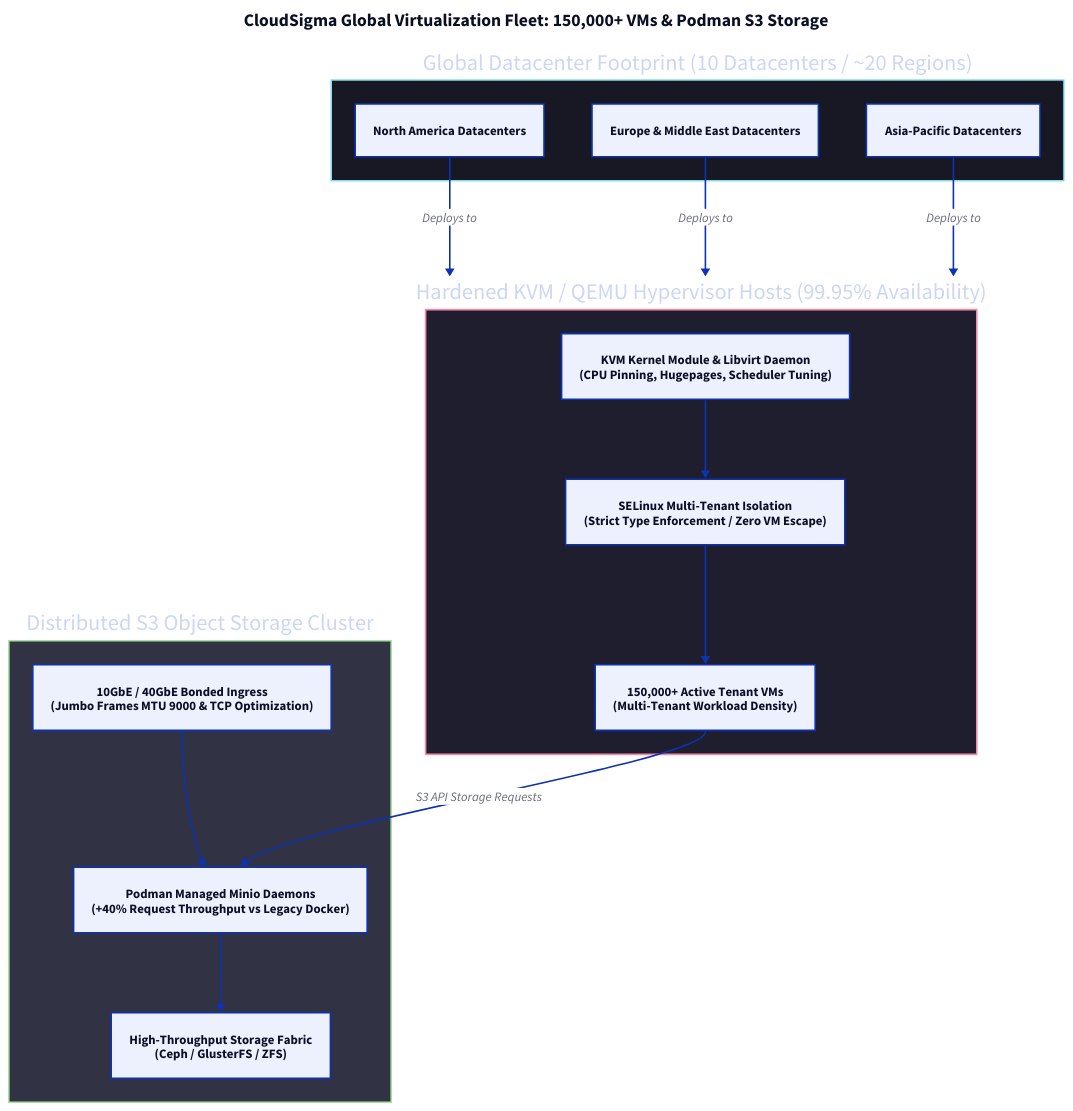
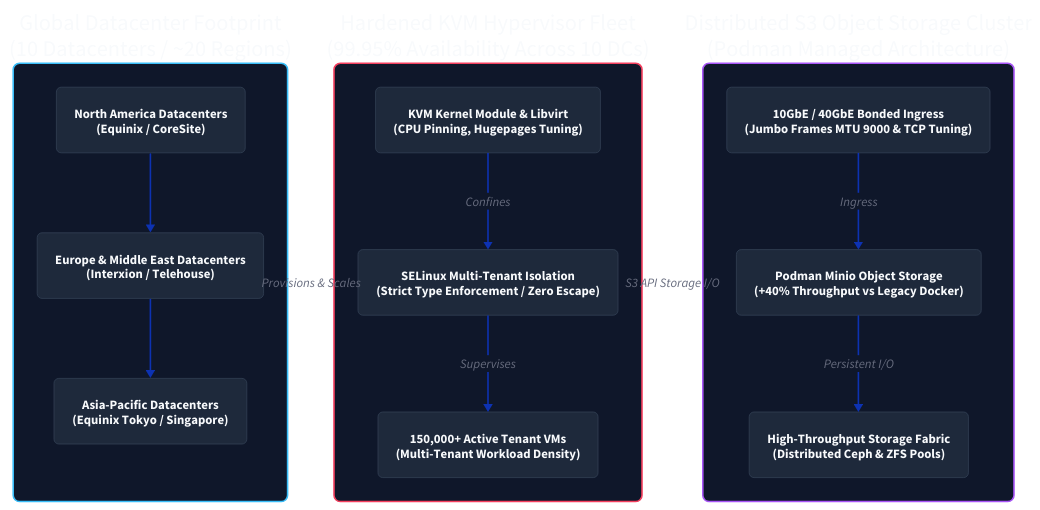
One commit to renich/contra changed the diagram in assets/diagrams/cloudsigma-kvm.d2. Above: the diagram before and after it, drawn with D2. The commit also changed 8 other files, not shown here.

First line of the commit message:
style(diagrams): redesign architecture schematics into 1920x1080 16:9 hero showcase cards

```diff
--- a/assets/diagrams/cloudsigma-kvm.d2
+++ b/assets/diagrams/cloudsigma-kvm.d2
@@ -1,68 +1,77 @@
-direction: down
-
 classes: {
   global_tier: {
     style: {
-      fill: "#181825"
-      stroke: "#89dceb"
+      fill: "#0f172a"
+      stroke: "#38bdf8"
       stroke-width: 2
-      font-color: "#cdd6f4"
+      font-color: "#f8fafc"
+      border-radius: 8
     }
   }
   hypervisor_tier: {
     style: {
-      fill: "#1e1e2e"
-      stroke: "#f38ba8"
+      fill: "#0f172a"
+      stroke: "#f43f5e"
       stroke-width: 2
-      font-color: "#cdd6f4"
+      font-color: "#f8fafc"
+      border-radius: 8
     }
   }
   storage_tier: {
     style: {
-      fill: "#313244"
-      stroke: "#a6e3a1"
+      fill: "#0f172a"
+      stroke: "#a855f7"
       stroke-width: 2
-      font-color: "#cdd6f4"
+      font-color: "#f8fafc"
+      border-radius: 8
+    }
+  }
+  node_box: {
+    style: {
+      fill: "#1e293b"
+      stroke: "#334155"
+      stroke-width: 1
+      font-color: "#f8fafc"
+      border-radius: 6
     }
   }
 }
 
-title: "CloudSigma Global Virtualization Fleet: 150,000+ VMs & Podman S3 Storage" {
-  near: top-center
-  shape: text
-  style: {
-    font-size: 22
-    bold: true
-  }
+grid-columns: 3
+grid-gap: 40
+
+global_fleet: "Global Datacenter Footprint\n(10 Datacenters / ~20 Regions)" {
+  class: global_tier
+  
+  na: "North America Datacenters\n(Equinix / CoreSite)" { class: node_box }
+  eu: "Europe & Middle East Datacenters\n(Interxion / Telehouse)" { class: node_box }
+  apac: "Asia-Pacific Datacenters\n(Equinix Tokyo / Singapore)" { class: node_box }
+
+  na -> eu
+  eu -> apac
 }
 
-global_fleet: "Global Datacenter Footprint (10 Datacenters / ~20 Regions)" {
-  class: global_tier
-  dc1: "North America Datacenters"
-  dc2: "Europe & Middle East Datacenters"
-  dc3: "Asia-Pacific Datacenters"
+hypervisors: "Hardened KVM Hypervisor Fleet\n(99.95% Availability Across 10 DCs)" {
+  class: hypervisor_tier
+
+  kvm: "KVM Kernel Module & Libvirt\n(CPU Pinning, Hugepages Tuning)" { class: node_box }
+  selinux: "SELinux Multi-Tenant Isolation\n(Strict Type Enforcement / Zero Escape)" { class: node_box }
+  vms: "150,000+ Active Tenant VMs\n(Multi-Tenant Workload Density)" { class: node_box }
+
+  kvm -> selinux: Confines
+  selinux -> vms: Supervises
 }
 
-hypervisors: "Hardened KVM / QEMU Hypervisor Hosts (99.95% Availability)" {
-  class: hypervisor_tier
-  kvm: "KVM Kernel Module & Libvirt Daemon\n(CPU Pinning, Hugepages, Scheduler Tuning)"
-  selinux: "SELinux Multi-Tenant Isolation\n(Strict Type Enforcement / Zero VM Escape)"
-  vms: "150,000+ Active Tenant VMs\n(Multi-Tenant Workload Density)"
+storage: "Distributed S3 Object Storage Cluster\n(Podman Managed Architecture)" {
+  class: storage_tier
 
-  kvm -> selinux -> vms
+  net: "10GbE / 40GbE Bonded Ingress\n(Jumbo Frames MTU 9000 & TCP Tuning)" { class: node_box }
+  podman: "Podman Minio Object Storage\n(+40% Throughput vs Legacy Docker)" { class: node_box }
+  fs: "High-Throughput Storage Fabric\n(Distributed Ceph & ZFS Pools)" { class: node_box }
+
+  net -> podman: Ingress
+  podman -> fs: Persistent I/O
 }
 
-storage: "Distributed S3 Object Storage Cluster" {
-  class: storage_tier
-  podman: "Podman Managed Minio Daemons\n(+40% Request Throughput vs Legacy Docker)"
-  fs: "High-Throughput Storage Fabric\n(Ceph / GlusterFS / ZFS)"
-  net: "10GbE / 40GbE Bonded Ingress\n(Jumbo Frames MTU 9000 & TCP Optimization)"
-
-  podman -> fs
-  net -> podman
-}
-
-global_fleet.dc1 -> hypervisors: "Deploys to"
-global_fleet.dc2 -> hypervisors: "Deploys to"
-global_fleet.dc3 -> hypervisors: "Deploys to"
-hypervisors.vms -> storage.podman: "S3 API Storage Requests"
+global_fleet -> hypervisors: "Provisions & Scales"
+hypervisors -> storage: "S3 API Storage I/O"
```
